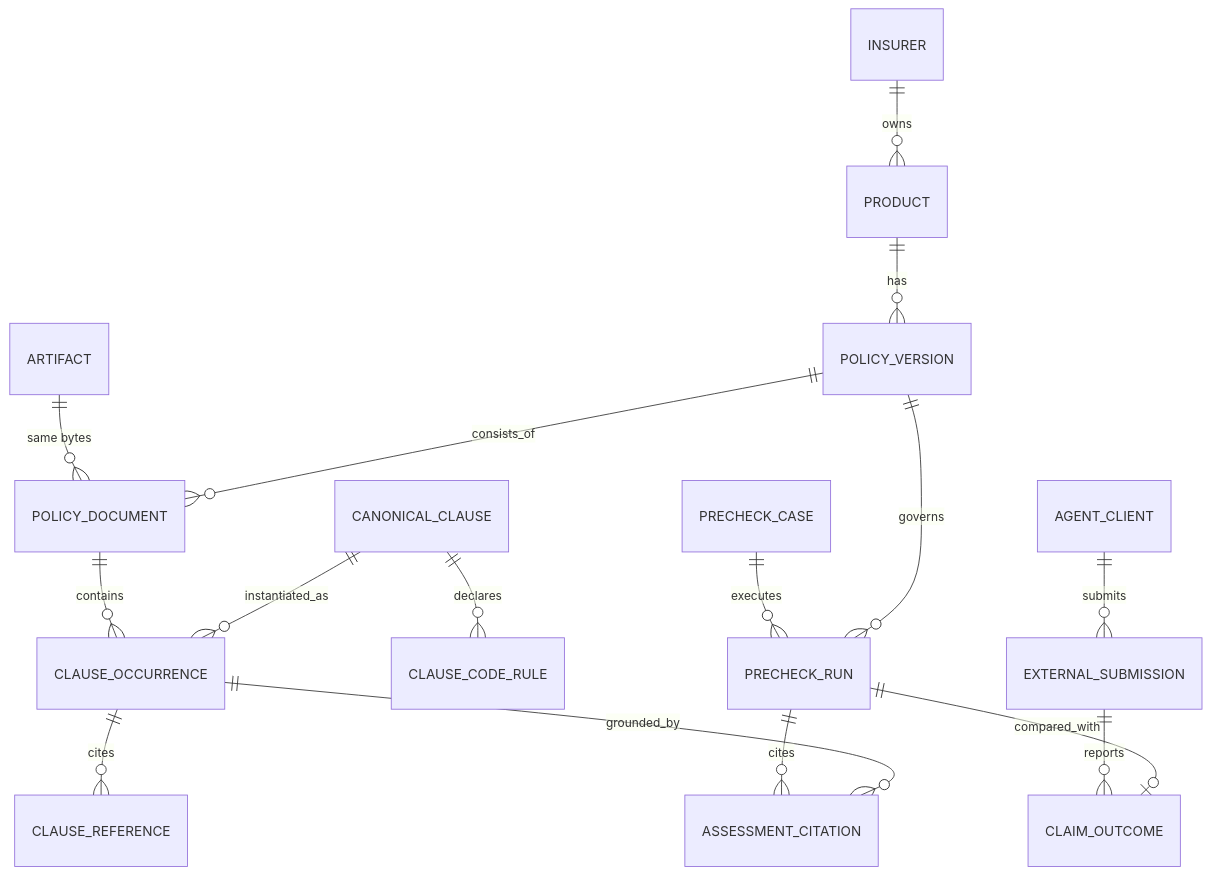
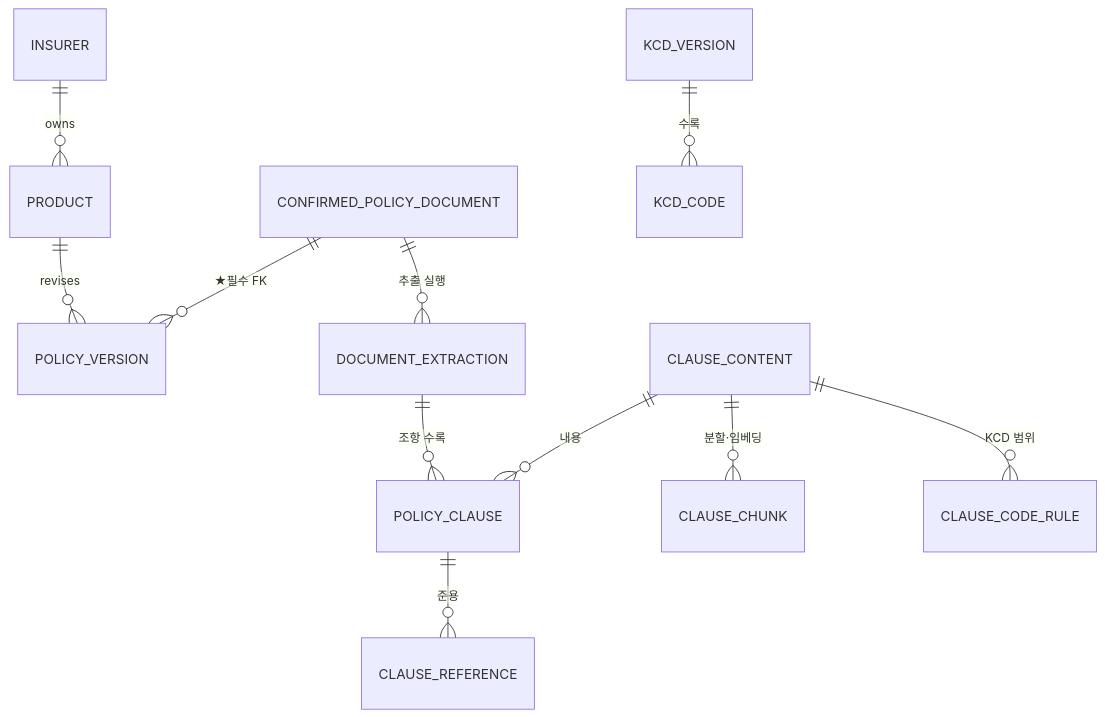
One commit to roroblack/llm_workspace changed the first of 2 diagrams in _unified_mall_3/docs/handoff/02_ERD_및_스키마.md. Above: the diagram before and after it, drawn with Mermaid. The commit also changed other lines of this file and 1447 other files, not shown here.

````diff
--- a/_unified_mall_3/docs/handoff/02_ERD_및_스키마.md
+++ b/_unified_mall_3/docs/handoff/02_ERD_및_스키마.md
@@ -46,21 +161,13 @@
 ```mermaid
 erDiagram
-    INSURER ||--o{ PRODUCT : owns
-    PRODUCT ||--o{ POLICY_VERSION : has
-    ARTIFACT ||--o{ POLICY_DOCUMENT : "same bytes"
-    POLICY_VERSION ||--o{ POLICY_DOCUMENT : consists_of
-
-    POLICY_DOCUMENT ||--o{ CLAUSE_OCCURRENCE : contains
-    CANONICAL_CLAUSE ||--o{ CLAUSE_OCCURRENCE : instantiated_as
-    CLAUSE_OCCURRENCE ||--o{ CLAUSE_REFERENCE : cites
-    CANONICAL_CLAUSE ||--o{ CLAUSE_CODE_RULE : declares
-
-    PRECHECK_CASE ||--o{ PRECHECK_RUN : executes
-    POLICY_VERSION ||--o{ PRECHECK_RUN : governs
-    PRECHECK_RUN ||--o{ ASSESSMENT_CITATION : cites
-    CLAUSE_OCCURRENCE ||--o{ ASSESSMENT_CITATION : grounded_by
-
-    AGENT_CLIENT ||--o{ EXTERNAL_SUBMISSION : submits
-    EXTERNAL_SUBMISSION ||--o{ CLAIM_OUTCOME : reports
-    PRECHECK_RUN ||--o| CLAIM_OUTCOME : compared_with
+  INSURER   ||--o{ PRODUCT : owns
+  PRODUCT   ||--o{ POLICY_VERSION : revises
+  CONFIRMED_POLICY_DOCUMENT ||--o{ POLICY_VERSION : "★필수 FK"
+  CONFIRMED_POLICY_DOCUMENT ||--o{ DOCUMENT_EXTRACTION : "추출 실행"
+  DOCUMENT_EXTRACTION ||--o{ POLICY_CLAUSE : "조항 수록"
+  CLAUSE_CONTENT      ||--o{ POLICY_CLAUSE : "내용"
+  CLAUSE_CONTENT      ||--o{ CLAUSE_CHUNK : "분할·임베딩"
+  CLAUSE_CONTENT      ||--o{ CLAUSE_CODE_RULE : "KCD 범위"
+  POLICY_CLAUSE       ||--o{ CLAUSE_REFERENCE : "준용"
+  KCD_VERSION         ||--o{ KCD_CODE : "수록"
 ```
````
